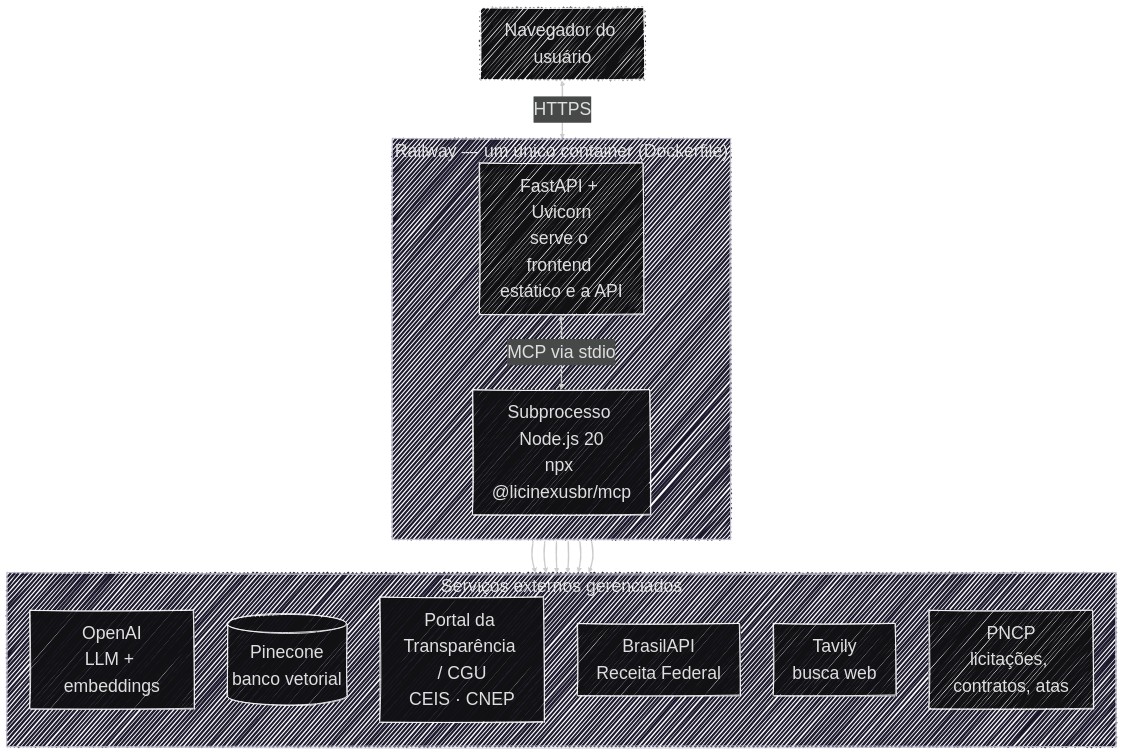
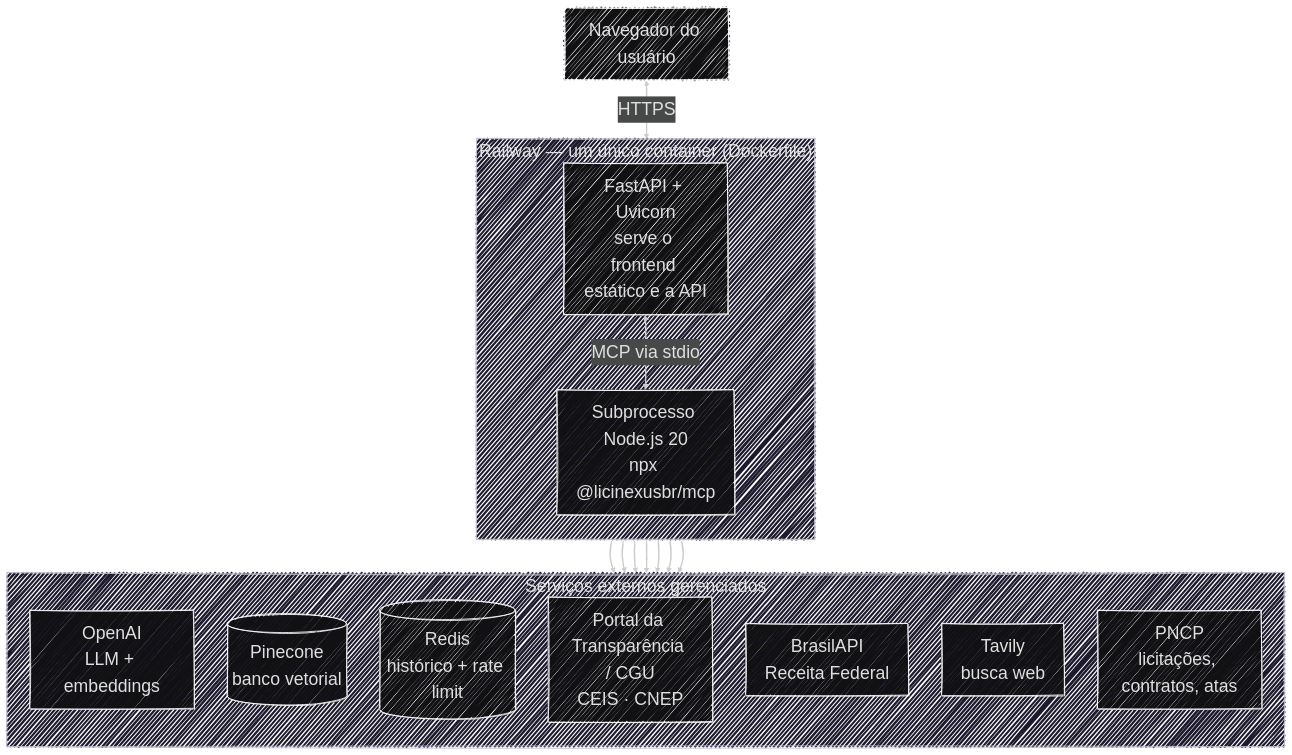
The diagram in docs/operacional/index.md (Moreira-89/auditor-cidadao), drawn with Mermaid before and after one commit. The commit also changed other lines of this file and 10 other files, not shown here.

Commit message:
feat: update documentation and environment variables for Redis integration and rate limiting

````diff
--- a/docs/operacional/index.md
+++ b/docs/operacional/index.md
@@ -12,31 +12,32 @@
 ```mermaid
 ---
 config:
   layout: dagre
   theme: redux-dark
   look: handDrawn
   fontFamily: '''Source Code Pro Variable'', monospace'
   themeVariables:
     fontFamily: '''Source Code Pro Variable'', monospace'
     fontSize: '28px'
 ---
 flowchart TB
  subgraph railway["Railway — um único container (Dockerfile)"]
     direction TB
         fastapi["FastAPI + Uvicorn<br>serve o frontend estático e a API"]
         mcp["Subprocesso Node.js 20<br>npx @licinexusbr/mcp"]
   end
  subgraph external["Serviços externos gerenciados"]
     direction TB
         openai["OpenAI<br>LLM + embeddings"]
         pinecone[("Pinecone<br>banco vetorial")]
+        redis[("Redis<br>histórico + rate limit")]
         cgu["Portal da Transparência / CGU<br>CEIS · CNEP"]
         receita["BrasilAPI<br>Receita Federal"]
         tavily["Tavily<br>busca web"]
         pncp["PNCP<br>licitações, contratos, atas"]
   end
     fastapi <-- MCP via stdio --> mcp
     browser["Navegador do usuário"] <-- HTTPS --> fastapi
-    fastapi --> openai & pinecone & cgu & receita & tavily
+    fastapi --> openai & pinecone & redis & cgu & receita & tavily
     mcp --> pncp
 ```
````
